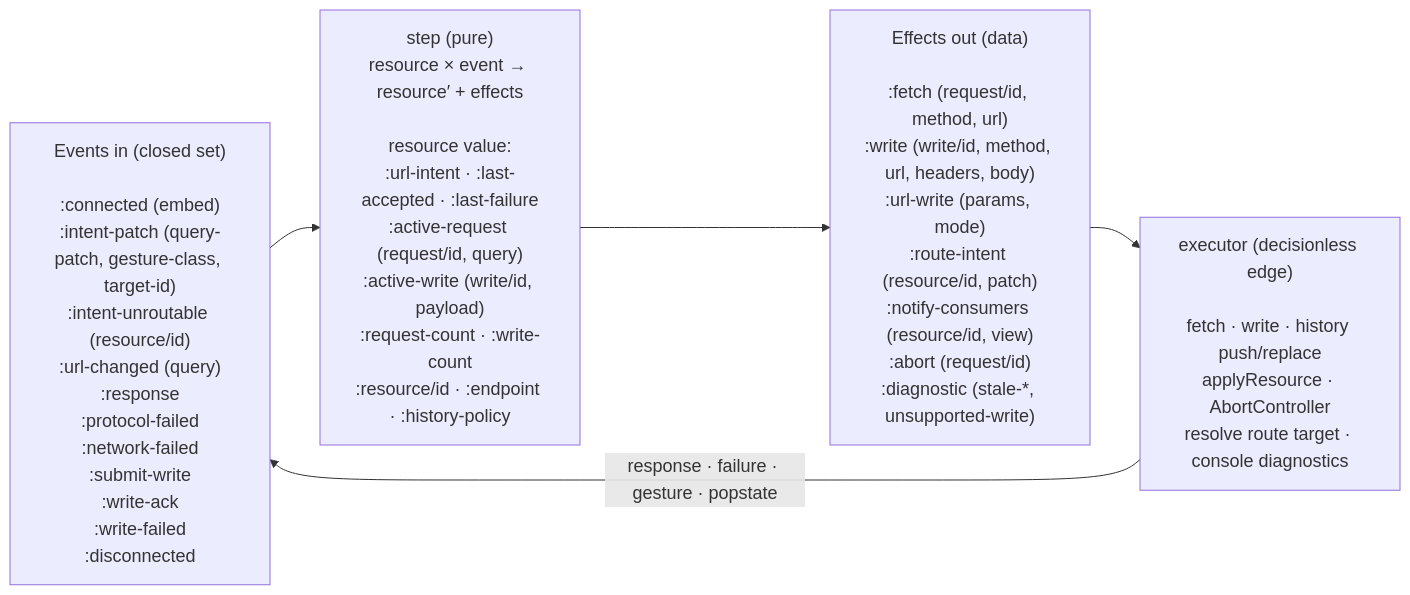
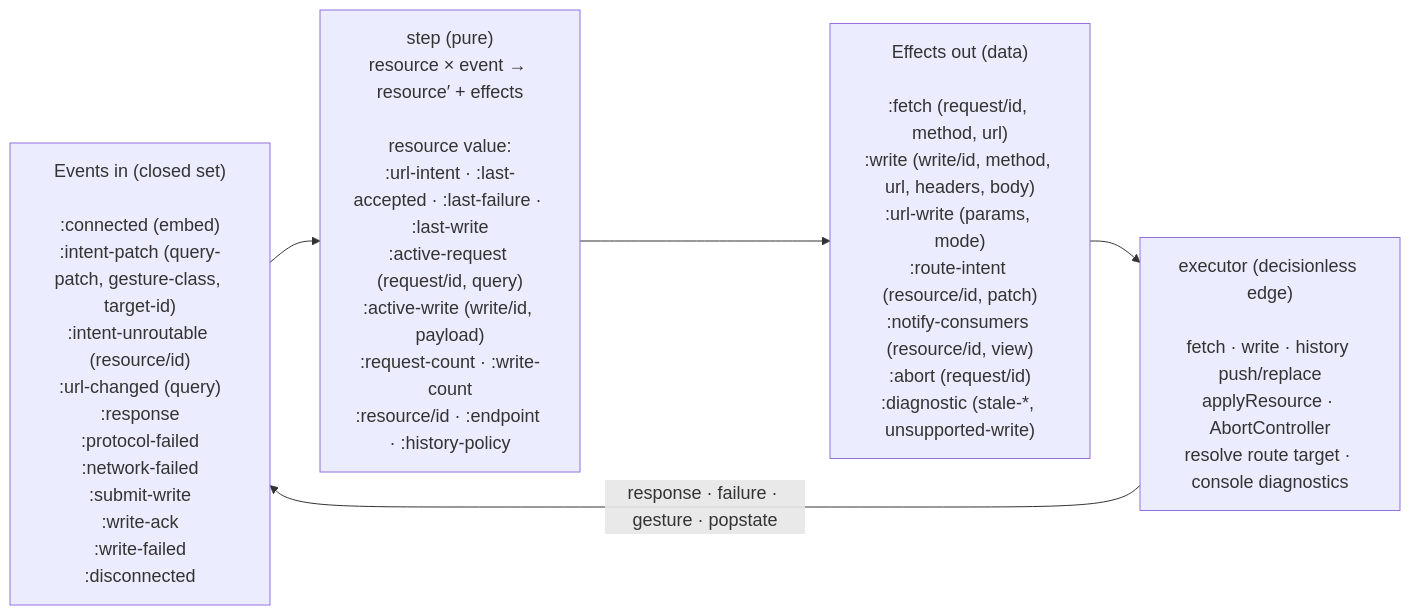
Before and after one commit to avanelsas/baredom: the second of 3 diagrams in barebuild/docs/architecture-diagram.md, drawn with Mermaid. The commit also changed other lines of this file and 6 other files, not shown here.

````diff
--- a/barebuild/docs/architecture-diagram.md
+++ b/barebuild/docs/architecture-diagram.md
@@ -87,14 +83,14 @@
 ```mermaid
 %%{init: {'themeVariables': {'fontSize': '18px'}}}%%
 flowchart LR
   EVENTS["Events in (closed set)<br/><br/>:connected (embed)<br/>:intent-patch (query-patch, gesture-class, target-id)<br/>:intent-unroutable (resource/id)<br/>:url-changed (query)<br/>:response<br/>:protocol-failed<br/>:network-failed<br/>:submit-write<br/>:write-ack<br/>:write-failed<br/>:disconnected"]
 
-  STEP["step (pure)<br/>resource × event → resource′ + effects<br/><br/>resource value:<br/>:url-intent · :last-accepted · :last-failure<br/>:active-request (request/id, query)<br/>:active-write (write/id, payload)<br/>:request-count · :write-count<br/>:resource/id · :endpoint · :history-policy"]
+  STEP["step (pure)<br/>resource × event → resource′ + effects<br/><br/>resource value:<br/>:url-intent · :last-accepted · :last-failure · :last-write<br/>:active-request (request/id, query)<br/>:active-write (write/id, payload)<br/>:request-count · :write-count<br/>:resource/id · :endpoint · :history-policy"]
 
   EFFECTS["Effects out (data)<br/><br/>:fetch (request/id, method, url)<br/>:write (write/id, method, url, headers, body)<br/>:url-write (params, mode)<br/>:route-intent (resource/id, patch)<br/>:notify-consumers (resource/id, view)<br/>:abort (request/id)<br/>:diagnostic (stale-*, unsupported-write)"]
 
   EXEC["executor (decisionless edge)<br/><br/>fetch · write · history push/replace<br/>applyResource · AbortController<br/>resolve route target · console diagnostics"]
 
   EVENTS --> STEP --> EFFECTS --> EXEC
   EXEC -->|"response · failure · gesture · popstate"| EVENTS
 ```
````
